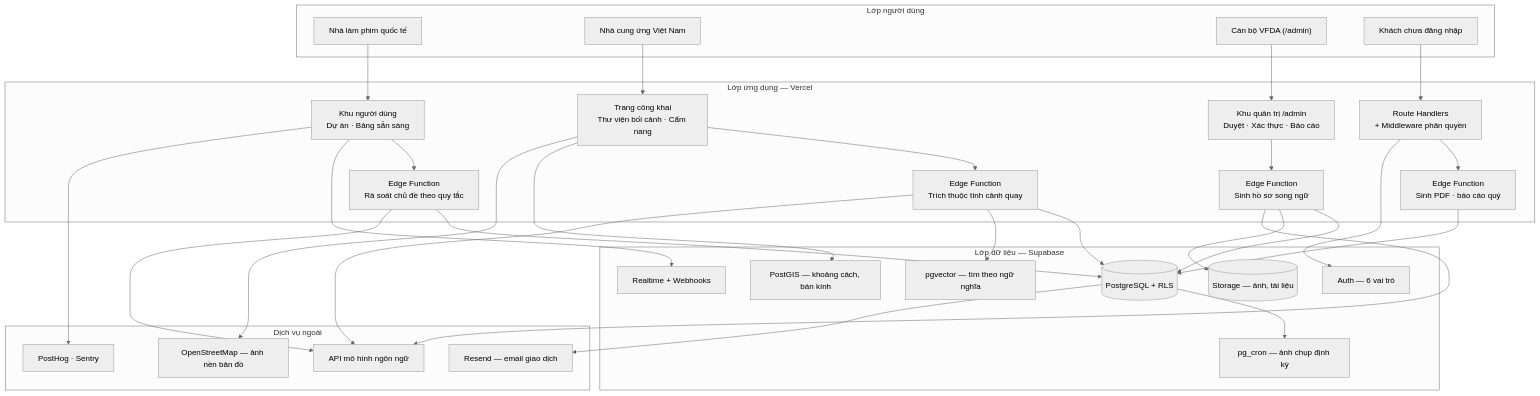
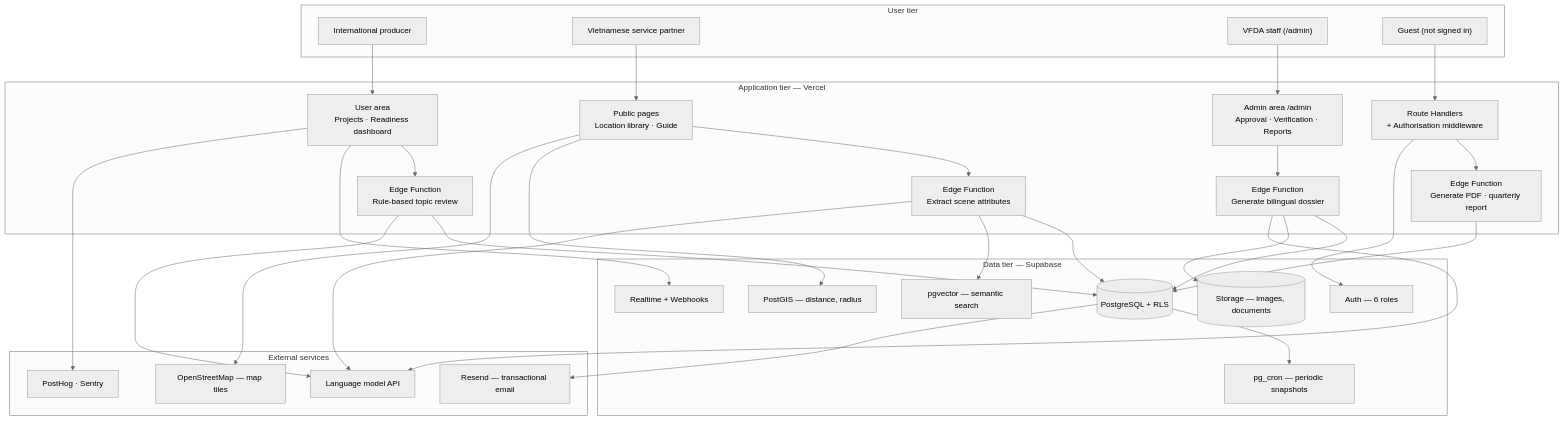
Before and after one commit to namnt2005/CINEMATCH-DBIZ3.TeamC: the diagram in docs/architecture/system-configuration.md, drawn with Mermaid (neutral theme). The commit also changed other lines of this file and 92 other files, not shown here.

````diff
--- a/docs/architecture/system-configuration.md
+++ b/docs/architecture/system-configuration.md
@@ -8,65 +8,65 @@
 ```mermaid
 flowchart TB
-    subgraph Client["Lớp người dùng"]
-        UF["Nhà làm phim quốc tế"]
-        USUP["Nhà cung ứng Việt Nam"]
-        UADM["Cán bộ VFDA (/admin)"]
-        UGUEST["Khách chưa đăng nhập"]
+    subgraph Client["User tier"]
+        UF["International producer"]
+        USUP["Vietnamese service partner"]
+        UADM["VFDA staff (/admin)"]
+        UGUEST["Guest (not signed in)"]
     end
 
-    subgraph App["Lớp ứng dụng — Vercel"]
-        PUB["Trang công khai<br/>Thư viện bối cảnh · Cẩm nang"]
-        USER["Khu người dùng<br/>Dự án · Bảng sẵn sàng"]
-        ADMIN["Khu quản trị /admin<br/>Duyệt · Xác thực · Báo cáo"]
-        RH["Route Handlers<br/>+ Middleware phân quyền"]
-        EF1["Edge Function<br/>Trích thuộc tính cảnh quay"]
-        EF2["Edge Function<br/>Rà soát chủ đề theo quy tắc"]
-        EF3["Edge Function<br/>Sinh hồ sơ song ngữ"]
-        EF4["Edge Function<br/>Sinh PDF · báo cáo quý"]
+    subgraph App["Application tier — Vercel"]
+        PUB["Public pages<br/>Location library · Guide"]
+        USER["User area<br/>Projects · Readiness dashboard"]
+        ADMIN["Admin area /admin<br/>Approval · Verification · Reports"]
+        RH["Route Handlers<br/>+ Authorisation middleware"]
+        EF1["Edge Function<br/>Extract scene attributes"]
+        EF2["Edge Function<br/>Rule-based topic review"]
+        EF3["Edge Function<br/>Generate bilingual dossier"]
+        EF4["Edge Function<br/>Generate PDF · quarterly report"]
     end
 
-    subgraph Data["Lớp dữ liệu — Supabase"]
+    subgraph Data["Data tier — Supabase"]
         PG[("PostgreSQL + RLS")]
-        AUTH["Auth — 6 vai trò"]
-        STORE[("Storage — ảnh, tài liệu")]
-        VEC["pgvector — tìm theo ngữ nghĩa"]
-        GIS["PostGIS — khoảng cách, bán kính"]
+        AUTH["Auth — 6 roles"]
+        STORE[("Storage — images, documents")]
+        VEC["pgvector — semantic search"]
+        GIS["PostGIS — distance, radius"]
         RT["Realtime + Webhooks"]
-        CRON["pg_cron — ảnh chụp định kỳ"]
+        CRON["pg_cron — periodic snapshots"]
     end
 
-    subgraph External["Dịch vụ ngoài"]
-        LLM["API mô hình ngôn ngữ"]
-        MAIL["Resend — email giao dịch"]
-        OSM["OpenStreetMap — ảnh nền bản đồ"]
+    subgraph External["External services"]
+        LLM["Language model API"]
+        MAIL["Resend — transactional email"]
+        OSM["OpenStreetMap — map tiles"]
         OBS["PostHog · Sentry"]
     end
 
     UF --> USER
     USUP --> PUB
     UADM --> ADMIN
     UGUEST --> RH
 
     PUB --> EF1
     USER --> EF2
     ADMIN --> EF3
     RH --> EF4
 
     EF1 --> PG
     EF2 --> PG
     EF3 --> PG
     EF4 --> PG
     RH --> AUTH
     EF3 --> STORE
     EF1 --> VEC
     PUB --> GIS
     USER --> RT
     PG --> CRON
 
     EF1 --> LLM
     EF2 --> LLM
     EF3 --> LLM
     PG --> MAIL
     PUB --> OSM
     USER --> OBS
 ```
````
